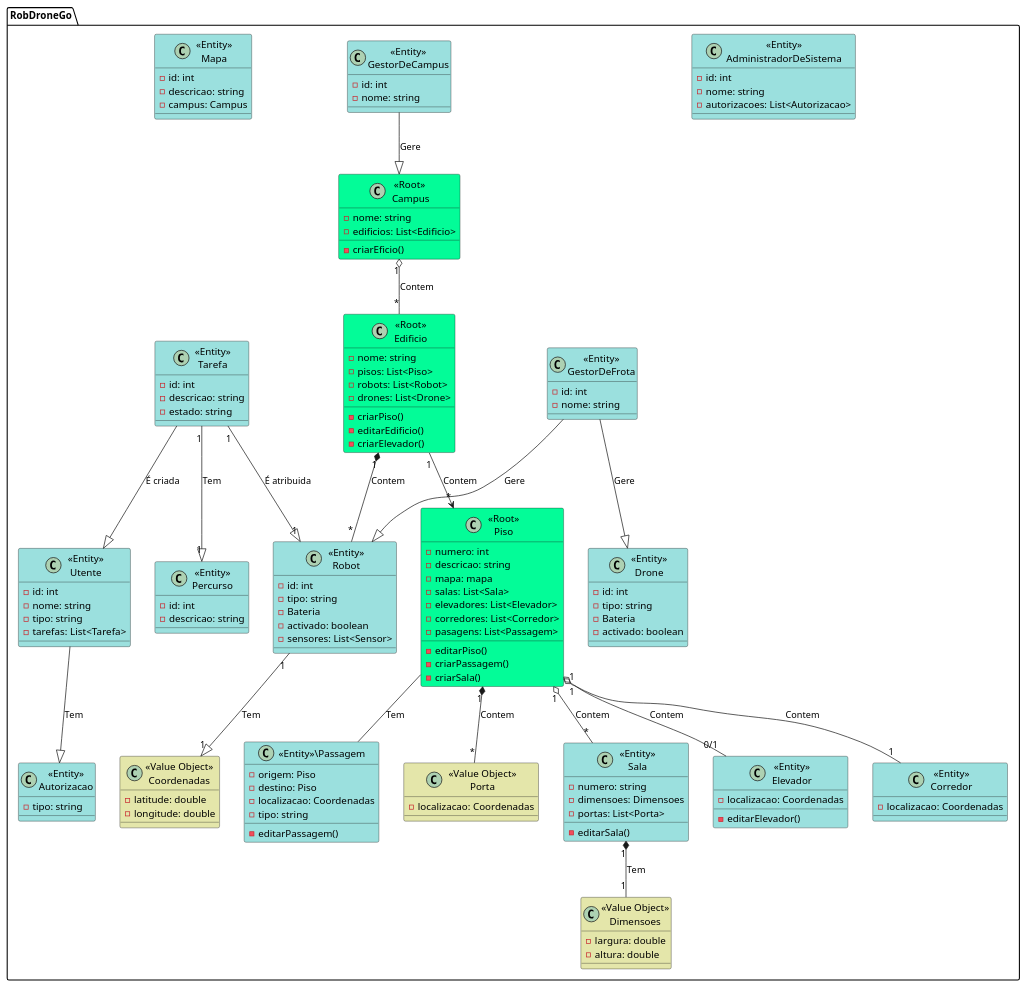
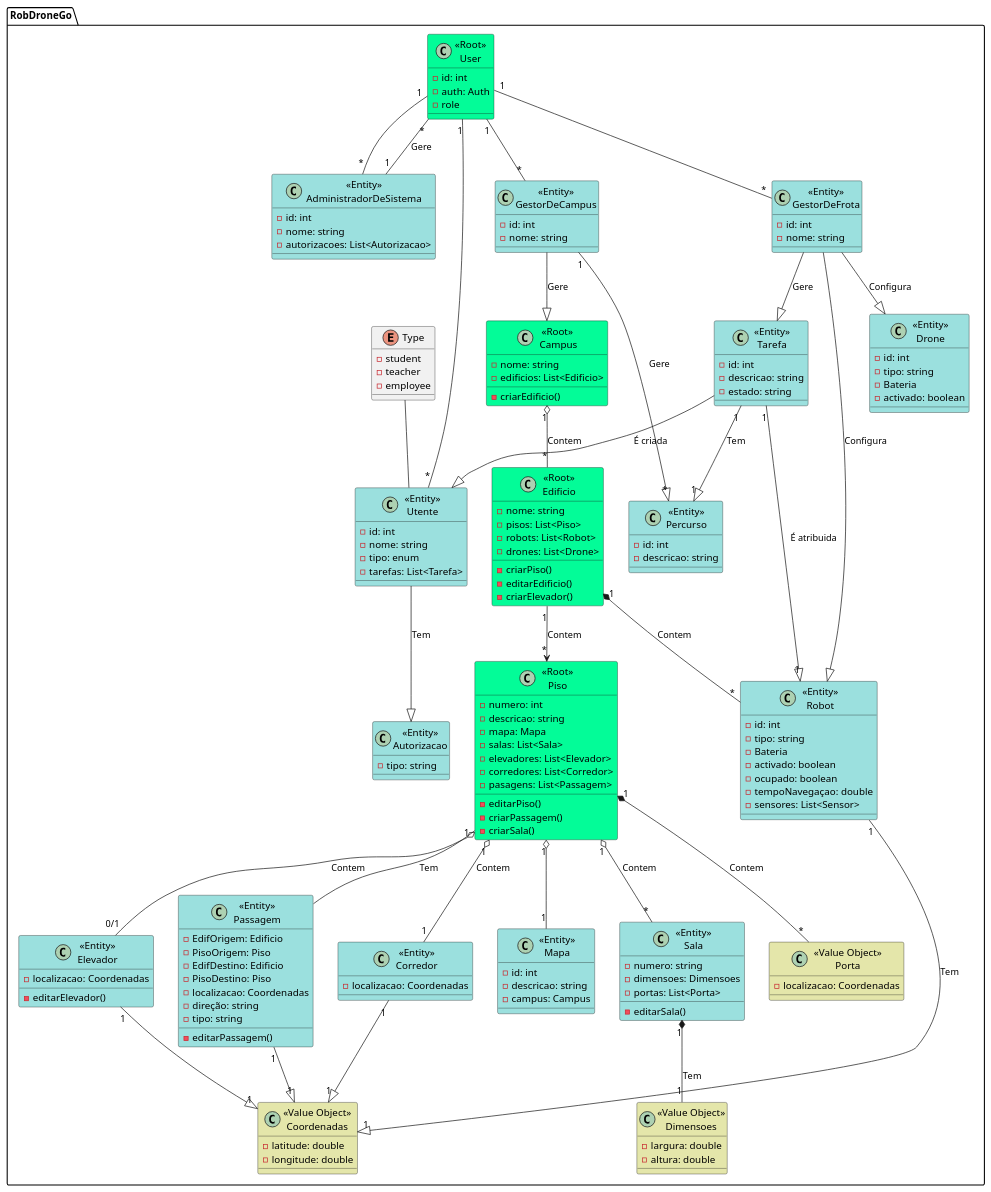
The diagram in Wiki/Modelo Dominio/modeloDominio.puml (mascenso/isep-sem5-lapr5), drawn with PlantUML before and after one commit.

Commit message:
[Sprint A][US760] Update ao modelo de dominio

```diff
--- a/Wiki/Modelo Dominio/modeloDominio.puml
+++ b/Wiki/Modelo Dominio/modeloDominio.puml
@@ -1,152 +1,181 @@
 @startuml RobDroneGo
 
 
 package "RobDroneGo" {
   class "<<Root>> \nCampus" as Campus #03fc98{
     - nome: string
     - edificios: List<Edificio>
-    - criarEficio()
+    - criarEdificio()
   }
 
   class "<<Root>>\nEdificio" as Edificio #03fc98{
     - nome: string
     - pisos: List<Piso>
     - robots: List<Robot>
     - drones: List<Drone>
     - criarPiso()
     - editarEdificio()
     - criarElevador()
   }
 
   class "<<Root>>\nPiso" as Piso #03fc98{
     - numero: int
     - descricao: string
-    - mapa: mapa
+    - mapa: Mapa
     - salas: List<Sala>
     - elevadores: List<Elevador>
     - corredores: List<Corredor>
     - pasagens: List<Passagem>
     - editarPiso()
     - criarPassagem()
     - criarSala()
   }
 
   class "<<Entity>>\nSala" as Sala #9be0de{
     - numero: string
     - dimensoes: Dimensoes
     - portas: List<Porta>
     - editarSala()
   }
 
   class "<<Entity>>\nElevador" as Elevador #9be0de{
     - localizacao: Coordenadas
     - editarElevador()
   }
 
   class "<<Entity>>\nCorredor" as Corredor #9be0de{
     - localizacao: Coordenadas
   }
 
   class "<<Entity>>\nRobot" as Robot #9be0de{
     - id: int
     - tipo: string
     - Bateria
     - activado: boolean
+    - ocupado: boolean
+    - tempoNavegaçao: double
     - sensores: List<Sensor>
   }
 
   class "<<Entity>>\nDrone" as Drone #9be0de{
     - id: int
     - tipo: string
     - Bateria
     - activado: boolean
   }
 
   class "<<Entity>>\nUtente" as Utente #9be0de{
     - id: int
     - nome: string
-    - tipo: string
+    - tipo: enum
     - tarefas: List<Tarefa>
+  }
+
+  enum Type{
+  - student
+  - teacher
+  - employee
   }
 
   class "<<Entity>>\nAdministradorDeSistema" as AdministradorDeSistema #9be0de{
     - id: int
     - nome: string
     - autorizacoes: List<Autorizacao>
   }
 
   class "<<Entity>>\nGestorDeFrota" as GestorDeFrota #9be0de{
     - id: int
     - nome: string
   }
 
   class "<<Entity>>\nGestorDeCampus" as GestorDeCampus #9be0de{
     - id: int
     - nome: string
   }
 
   class "<<Entity>>\nTarefa" as Tarefa #9be0de{
     - id: int
     - descricao: string
     - estado: string
   }
 
   class "<<Entity>>\nPercurso" as Percurso #9be0de{
     - id: int
     - descricao: string
   }
 
   class "<<Entity>>\nMapa" as Mapa #9be0de{
     - id: int
     - descricao: string
     - campus: Campus
   }
 
   class "<<Entity>>\nAutorizacao" as Autorizacao #9be0de{
     - tipo: string
   }
 
-  class "<<Entity>>\Passagem" as Passagem #9be0de{
-    - origem: Piso
-    - destino: Piso
+  class "<<Entity>>\nPassagem" as Passagem #9be0de{
+    - EdifOrigem: Edificio
+    - PisoOrigem: Piso
+    - EdifDestino: Edificio
+    - PisoDestino: Piso
     - localizacao: Coordenadas
+    - direção: string
     - tipo: string
     - editarPassagem()
+  }
+
+  class "<<Root>>\nUser" as User #03fc98{
+    - id: int
+    - auth: Auth
+    - role
   }
 
   class "<<Value Object>>\nCoordenadas" as Coordenadas #e4e6aa{
     - latitude: double
     - longitude: double
   }
 
   class "<<Value Object>>\nDimensoes" as Dimensoes #e4e6aa{
     - largura: double
     - altura: double
   }
 
   class "<<Value Object>>\nPorta" as Porta #e4e6aa{
     - localizacao: Coordenadas
   }
 
 
-  
+
   Campus "1" o-- "*" Edificio : Contem
   Edificio "1" --> "*" Piso : Contem
   Piso "1" o-- "*" Sala : Contem
   Piso "1" o-- "0/1" Elevador : Contem
   Piso "1" o-- "1" Corredor : Contem
   Piso "1" *-- "*" Porta : Contem
   Edificio "1" *-- "*" Robot : Contem
   Utente --|> Autorizacao : Tem
-  GestorDeFrota --|> Robot : Gere
-  GestorDeFrota --|> Drone : Gere
+  GestorDeFrota --|> Robot : Configura
+  GestorDeFrota --|> Drone : Configura
+  GestorDeFrota --|> Tarefa : Gere
   GestorDeCampus --|> Campus :Gere
+  GestorDeCampus "1" --|> "*"Percurso: Gere
   Tarefa --|> Utente : É criada
   Tarefa "1"--|> "1"Robot : É atribuida
   Tarefa "1"--|> "1"Percurso : Tem
   Robot "1" --|> "1" Coordenadas : Tem
   Sala "1" *-- "1"Dimensoes : Tem
   Piso -- Passagem : Tem
+  Type -- Utente
+  User "1"-- "*" Utente
+  User "1"-- "*" GestorDeFrota
+  User "1"-- "*" GestorDeCampus
+  User "1"-- "*" AdministradorDeSistema
+  AdministradorDeSistema "1"-- "*" User : Gere
+  Piso "1" o-- "1" Mapa
+  Passagem "1"--|> "1"Coordenadas
+  Elevador "1"--|> "1"Coordenadas
+  Corredor "1"--|> "1"Coordenadas
 }
 
 @enduml
```
